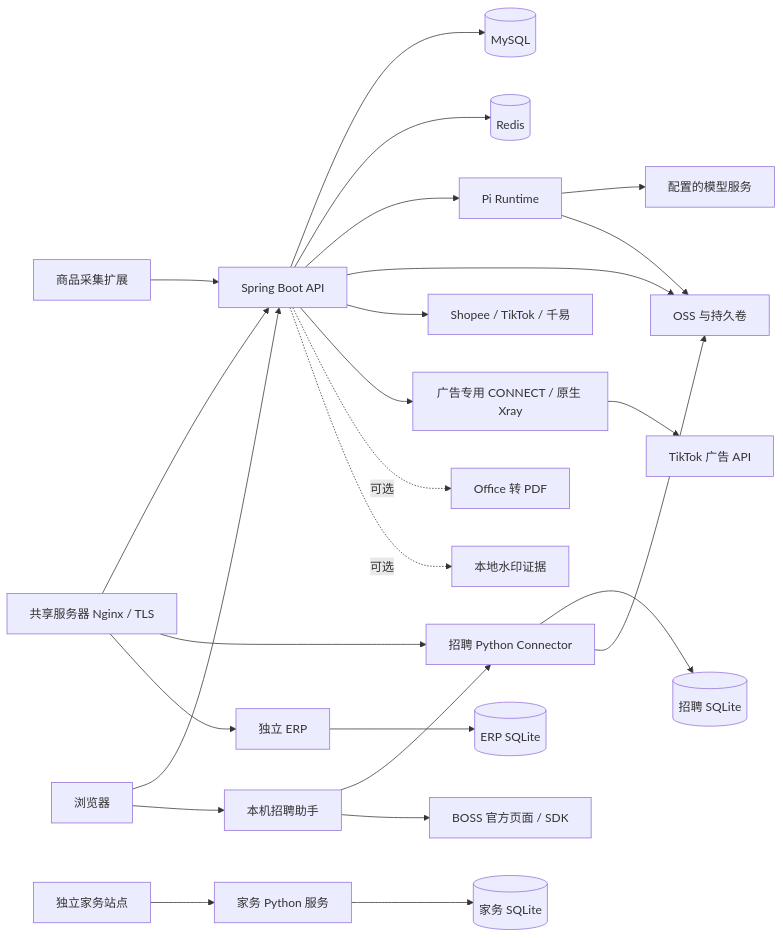
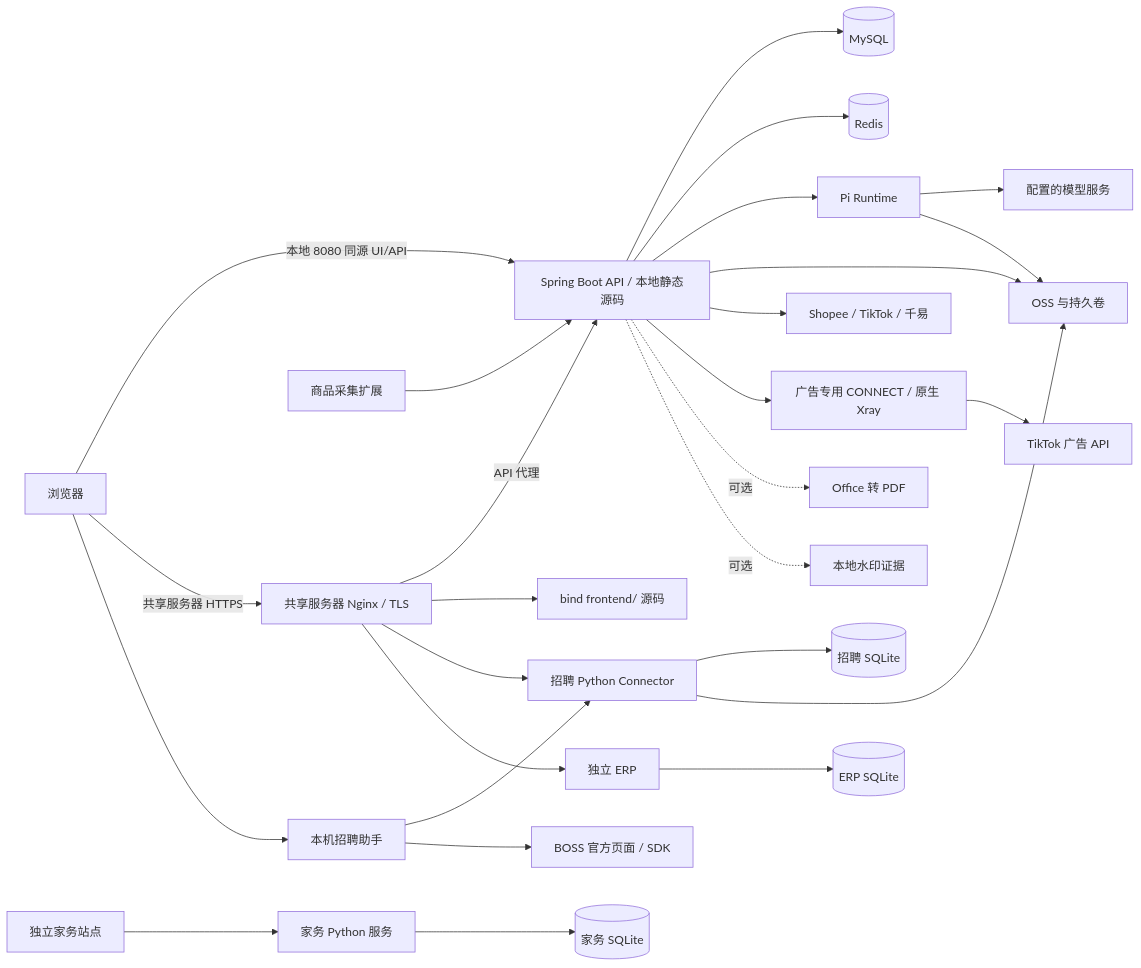
Before and after one commit to Gotit-zhx/ai-video: the diagram in docs/guides/architecture.md, drawn with Mermaid. The commit also changed other lines of this file and 6 other files, not shown here.

````diff
--- a/docs/guides/architecture.md
+++ b/docs/guides/architecture.md
@@ -9,27 +9,29 @@
 ```mermaid
 flowchart LR
-    Web[浏览器] --> App[Spring Boot API + 前端源码]
-    Extension[商品采集扩展] --> App[Spring Boot API]
-    Nginx[共享服务器 Nginx / TLS] --> App
+    Web[浏览器] -->|本地 8080 同源 UI/API| App[Spring Boot API / 本地静态源码]
+    Web -->|共享服务器 HTTPS| Nginx[共享服务器 Nginx / TLS]
+    Extension[商品采集扩展] --> App
+    Nginx -->|API 代理| App
+    Nginx --> Frontend[bind frontend/ 源码]
     Nginx --> HR[招聘 Python Connector]
     Nginx --> ERP[独立 ERP]
     App --> MySQL[(MySQL)]
     App --> Redis[(Redis)]
     App --> Pi[Pi Runtime]
     App --> OSS[OSS 与持久卷]
     App --> Market[Shopee / TikTok / 千易]
     App --> AdProxy[广告专用 CONNECT / 原生 Xray]
     AdProxy --> TikTokAds[TikTok 广告 API]
     Pi --> Models[配置的模型服务]
     Pi --> OSS
     HR --> HRDB[(招聘 SQLite)]
     HR --> OSS
     ERP --> ERPDB[(ERP SQLite)]
     HouseholdWeb[独立家务站点] --> Household[家务 Python 服务]
     Household --> HouseholdDB[(家务 SQLite)]
     App -. 可选 .-> Preview[Office 转 PDF]
     App -. 可选 .-> Watermark[本地水印证据]
     Web --> Desktop[本机招聘助手]
     Desktop --> HR
     Desktop --> Boss[BOSS 官方页面 / SDK]
 ```
````
